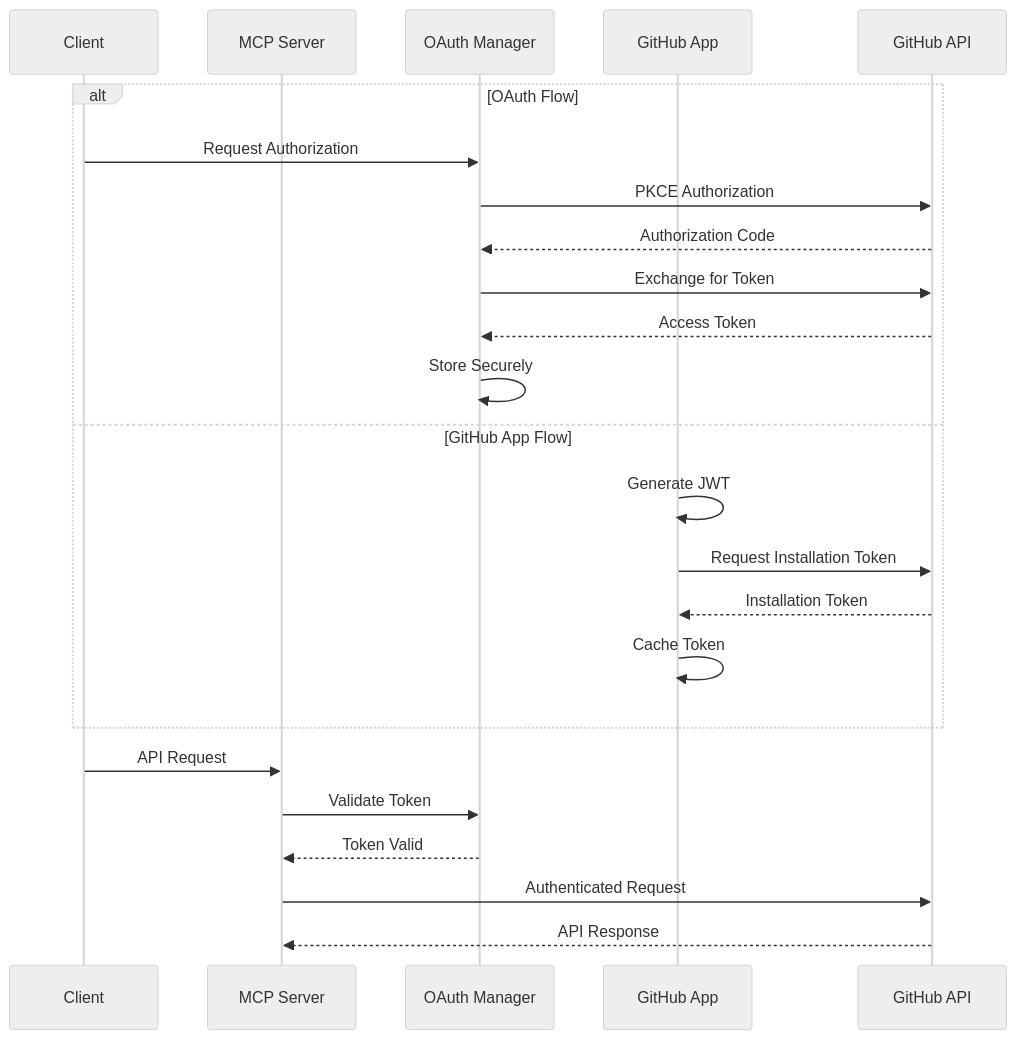
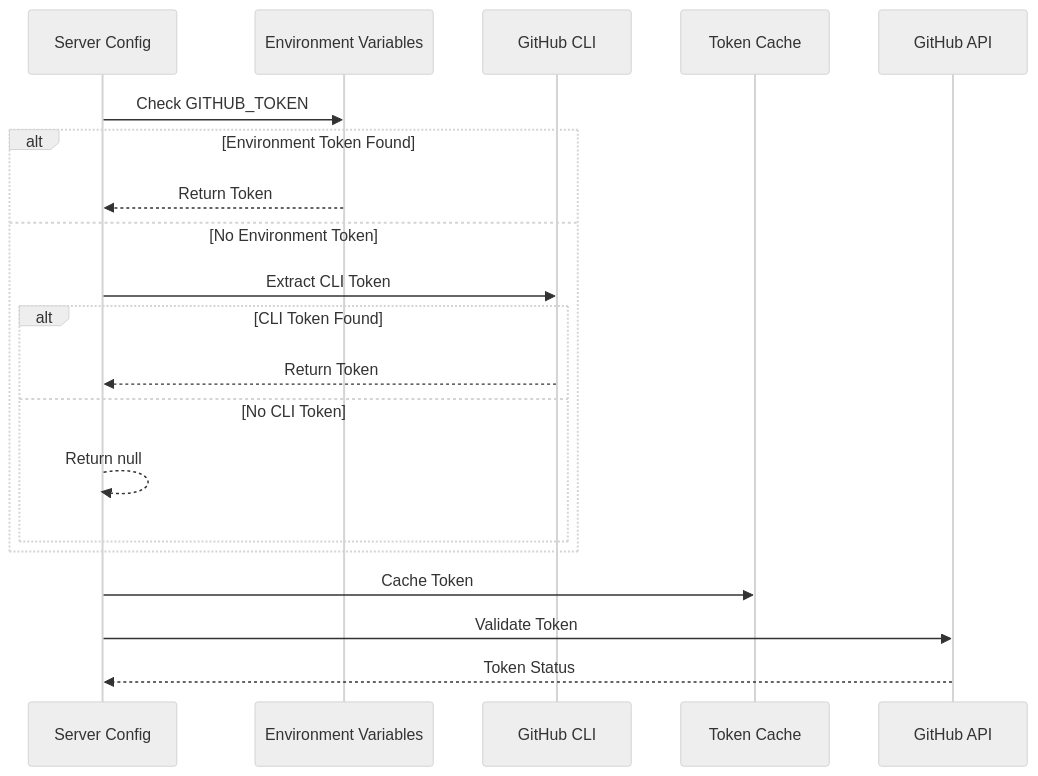
The third of 3 diagrams in packages/octocode-mcp/docs/summary.md (bgauryy/octocode-mcp), drawn with Mermaid (neutral theme) before and after one commit. The commit also changed other lines of this file and 141 other files, not shown here.

````diff
--- a/packages/octocode-mcp/docs/summary.md
+++ b/packages/octocode-mcp/docs/summary.md
@@ -334,28 +479,24 @@
 ```mermaid
 sequenceDiagram
-    participant Client as Client
-    participant Server as MCP Server
-    participant OAuth as OAuth Manager
-    participant GitHubApp as GitHub App
+    participant Config as Server Config
+    participant EnvVar as Environment Variables
+    participant GitHubCLI as GitHub CLI
+    participant Cache as Token Cache
     participant GitHub as GitHub API
     
-    alt OAuth Flow
-        Client->>OAuth: Request Authorization
-        OAuth->>GitHub: PKCE Authorization
-        GitHub-->>OAuth: Authorization Code
-        OAuth->>GitHub: Exchange for Token
-        GitHub-->>OAuth: Access Token
-        OAuth->>OAuth: Store Securely
-    else GitHub App Flow
-        GitHubApp->>GitHubApp: Generate JWT
-        GitHubApp->>GitHub: Request Installation Token
-        GitHub-->>GitHubApp: Installation Token
-        GitHubApp->>GitHubApp: Cache Token
+    Config->>EnvVar: Check GITHUB_TOKEN
+    alt Environment Token Found
+        EnvVar-->>Config: Return Token
+    else No Environment Token
+        Config->>GitHubCLI: Extract CLI Token
+        alt CLI Token Found
+            GitHubCLI-->>Config: Return Token
+        else No CLI Token
+            Config-->>Config: Return null
+        end
     end
     
-    Client->>Server: API Request
-    Server->>OAuth: Validate Token
-    OAuth-->>Server: Token Valid
-    Server->>GitHub: Authenticated Request
-    GitHub-->>Server: API Response
+    Config->>Cache: Cache Token
+    Config->>GitHub: Validate Token
+    GitHub-->>Config: Token Status
 ```
````
